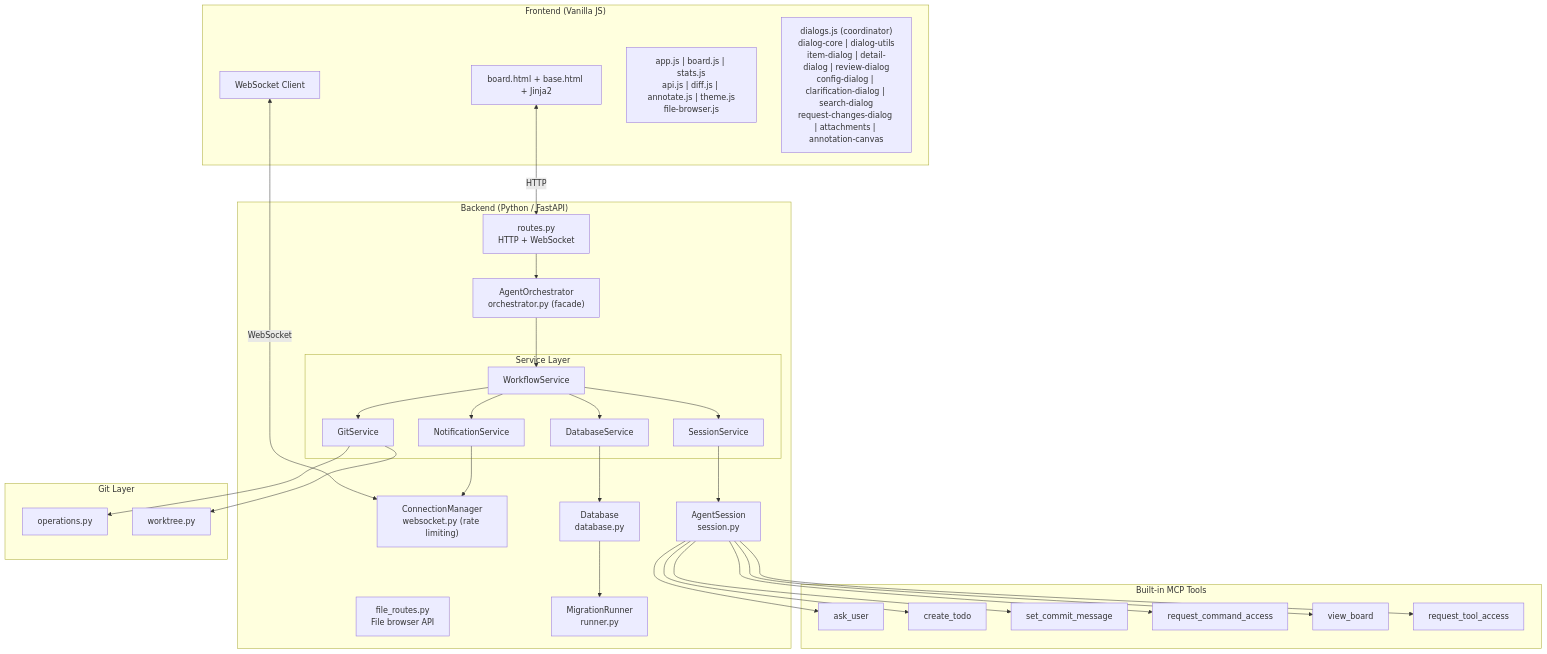
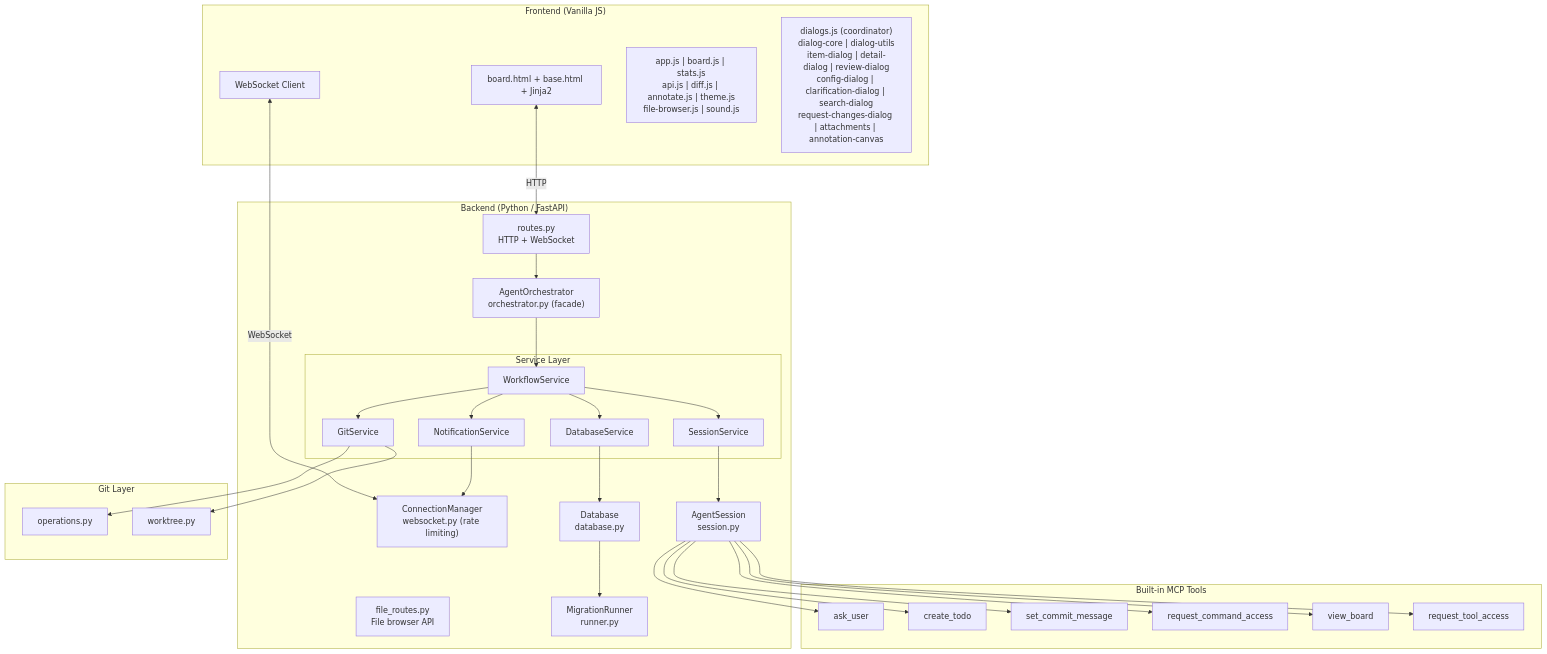
Before and after one commit to epatel/claude-agents-dashboard: the first of 4 diagrams in CLAUDE.md, drawn with Mermaid. The commit also changed other lines of this file and 4 other files, not shown here.

````diff
--- a/CLAUDE.md
+++ b/CLAUDE.md
@@ -33,61 +33,61 @@
 ```mermaid
 graph TB
     subgraph Frontend["Frontend (Vanilla JS)"]
         UI["board.html + base.html + Jinja2"]
         WS["WebSocket Client"]
-        Modules["app.js | board.js | stats.js<br/>api.js | diff.js | annotate.js | theme.js<br/>file-browser.js"]
+        Modules["app.js | board.js | stats.js<br/>api.js | diff.js | annotate.js | theme.js<br/>file-browser.js | sound.js"]
         DlgModules["dialogs.js (coordinator)<br/>dialog-core | dialog-utils<br/>item-dialog | detail-dialog | review-dialog<br/>config-dialog | clarification-dialog | search-dialog<br/>request-changes-dialog | attachments | annotation-canvas"]
     end
 
     subgraph Backend["Backend (Python / FastAPI)"]
         R["routes.py<br/>HTTP + WebSocket"]
         FR["file_routes.py<br/>File browser API"]
         WSM["ConnectionManager<br/>websocket.py (rate limiting)"]
         O["AgentOrchestrator<br/>orchestrator.py (facade)"]
         subgraph SvcLayer["Service Layer"]
             WF["WorkflowService"]
             DBS["DatabaseService"]
             NS["NotificationService"]
             GS["GitService"]
             SS["SessionService"]
         end
         Sess["AgentSession<br/>session.py"]
         D["Database<br/>database.py"]
         M["MigrationRunner<br/>runner.py"]
     end
 
     subgraph MCPTools["Built-in MCP Tools"]
         C["ask_user"]
         T["create_todo"]
         CM["set_commit_message"]
         CA["request_command_access"]
         BV["view_board"]
         TA["request_tool_access"]
     end
 
     subgraph Git["Git Layer"]
         GO["operations.py"]
         GW["worktree.py"]
     end
 
     UI <-->|"HTTP"| R
     WS <-->|"WebSocket"| WSM
     R --> O
     O --> WF
     WF --> DBS
     WF --> GS
     WF --> NS
     WF --> SS
     SS --> Sess
     Sess --> C
     Sess --> T
     Sess --> CM
     Sess --> CA
     Sess --> BV
     Sess --> TA
     DBS --> D
     NS --> WSM
     D --> M
     GS --> GO
     GS --> GW
 ```
````
